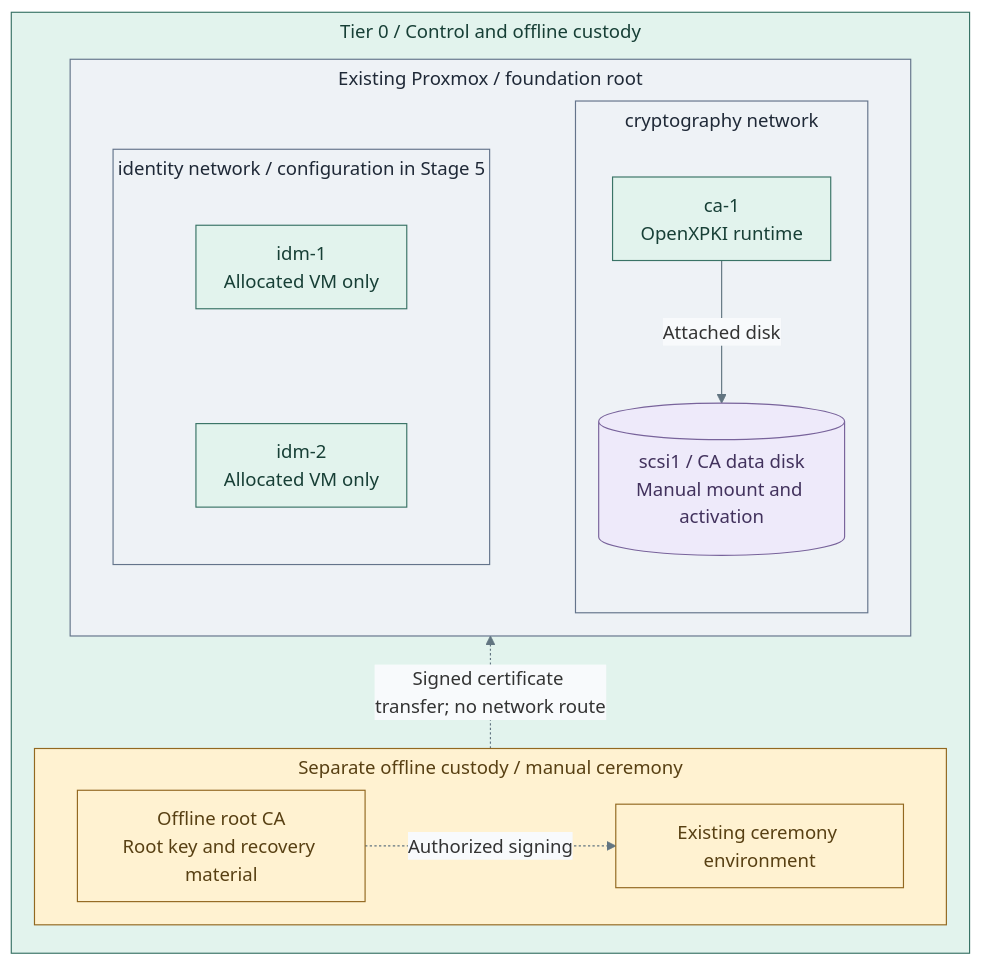
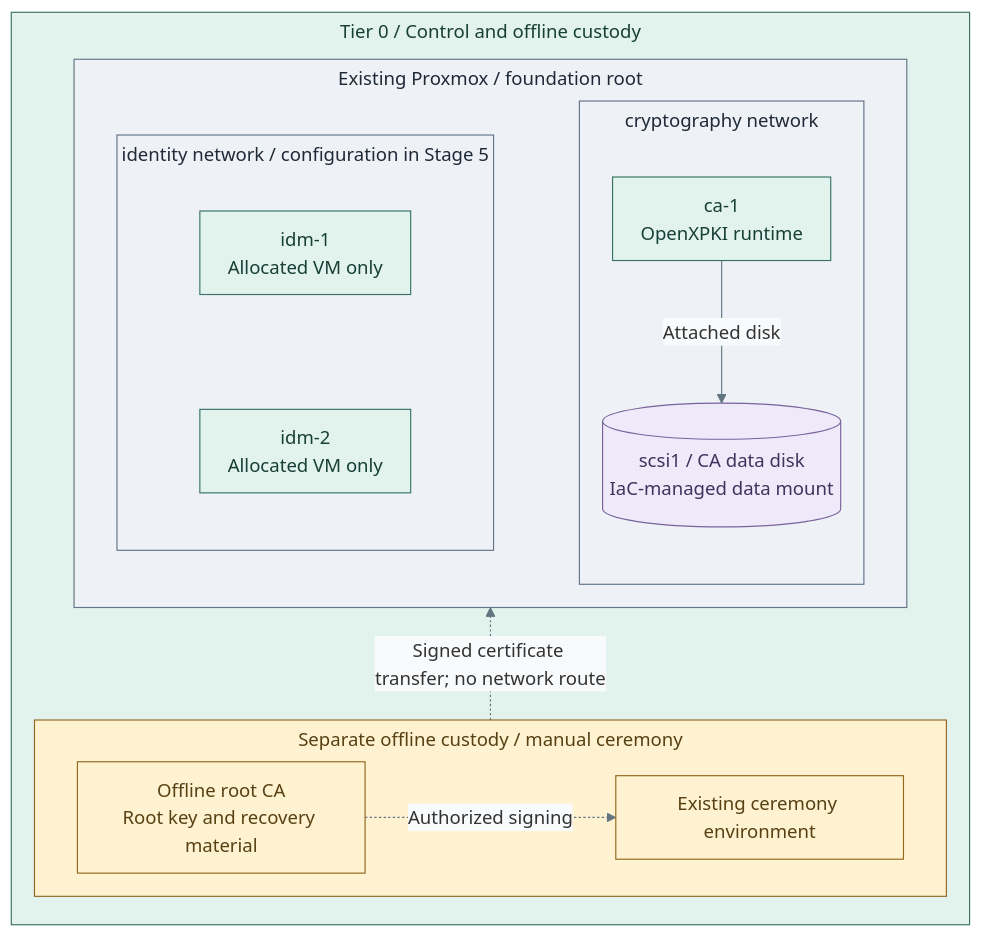
The diagram in docs/deployment/stage-3-trust/README.md (Rexus/homelab), drawn with Mermaid before and after one commit. The commit also changed other lines of this file and 247 other files, not shown here.

````diff
--- a/docs/deployment/stage-3-trust/README.md
+++ b/docs/deployment/stage-3-trust/README.md
@@ -29,39 +37,39 @@
 ```mermaid
 %%{init: {"theme":"base","flowchart":{"nodeSpacing":20,"rankSpacing":24,"padding":12,"subGraphTitleMargin":{"top":4,"bottom":12}},"themeVariables":{"lineColor":"#627581","edgeLabelBackground":"#f8fafc"}}}%%
 flowchart BT
   subgraph T0["Tier 0 / Control and offline custody"]
     direction BT
     subgraph Offline["Separate offline custody / manual ceremony"]
       direction LR
       Root["Offline root CA<br/>Root key and recovery material"]
       Ceremony["Existing ceremony environment"]
       Root -. Authorized signing .-> Ceremony
     end
     subgraph PVE["Existing Proxmox / foundation root"]
       direction LR
       subgraph Identity["identity network / configuration in Stage 5"]
         direction TB
         Primary["idm-1<br/>Allocated VM only"]
         Replica["idm-2<br/>Allocated VM only"]
         Primary ~~~ Replica
       end
       subgraph Crypto["cryptography network"]
         direction TB
         Issuer["ca-1<br/>OpenXPKI runtime"]
-        Data[("scsi1 / CA data disk<br/>Manual mount and activation")]
+        Data[("scsi1 / CA data disk<br/>IaC-managed data mount")]
         Issuer -->|Attached disk| Data
       end
       Identity ~~~ Crypto
     end
     Offline -. "Signed certificate transfer; no network route" .-> PVE
   end
   classDef default fill:#f8fafc,stroke:#64748b,color:#1f2937
   classDef boundary fill:#eef2f6,stroke:#64748b,color:#1f2937
   classDef custody fill:#fff2d1,stroke:#926820,color:#584013
   classDef control fill:#e2f3ed,stroke:#397366,color:#173f36
   classDef data fill:#eeeafa,stroke:#78639b,color:#42325d
   class PVE,Crypto,Identity boundary
   class Offline,Root,Ceremony custody
   class T0,Issuer,Primary,Replica control
   class Data data
 ```
````
